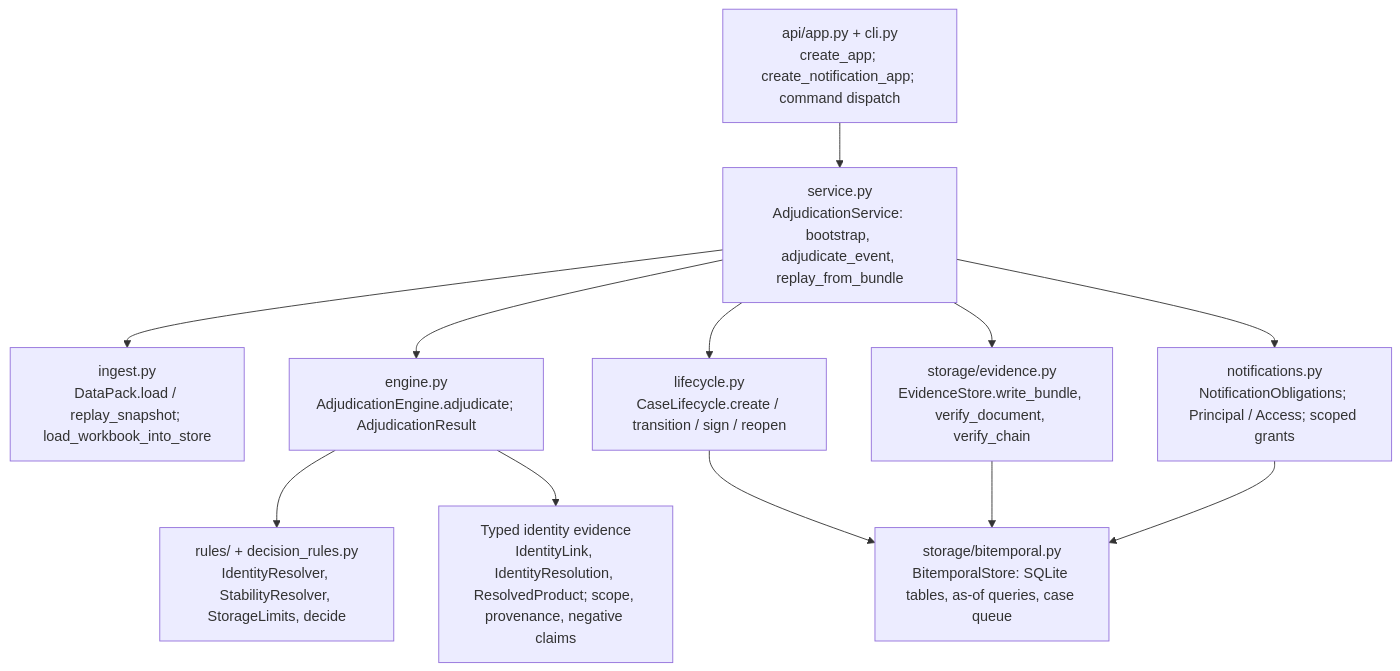
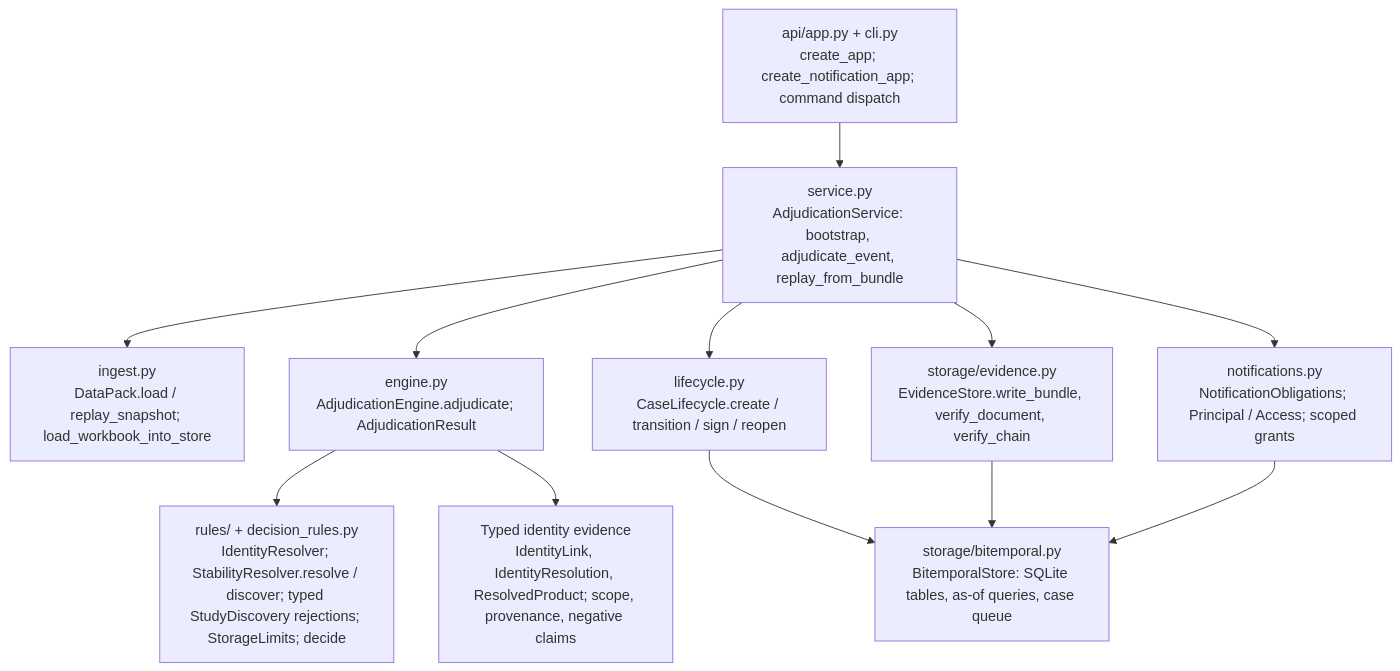
Before and after one commit to Zulfiqar7862/kestrel-adjudication-case-study: the diagram in docs/diagrams/lld.mmd, drawn with Mermaid. The commit also changed 48 other files, not shown here.

Commit message:
feat: audit tenant-scoped study discovery and typed rejections

```diff
--- a/docs/diagrams/lld.mmd
+++ b/docs/diagrams/lld.mmd
@@ -1,22 +1,22 @@
 flowchart TB
     Service["service.py<br/>AdjudicationService: bootstrap, adjudicate_event, replay_from_bundle"]
     Pack["ingest.py<br/>DataPack.load / replay_snapshot; load_workbook_into_store"]
     API["api/app.py + cli.py<br/>create_app; create_notification_app; command dispatch"]
     Engine["engine.py<br/>AdjudicationEngine.adjudicate; AdjudicationResult"]
-    Rules["rules/ + decision_rules.py<br/>IdentityResolver, StabilityResolver, StorageLimits, decide"]
+    Rules["rules/ + decision_rules.py<br/>IdentityResolver; StabilityResolver.resolve / discover; typed StudyDiscovery rejections; StorageLimits; decide"]
     Evidence["storage/evidence.py<br/>EvidenceStore.write_bundle, verify_document, verify_chain"]
     Store["storage/bitemporal.py<br/>BitemporalStore: SQLite tables, as-of queries, case queue"]
     Lifecycle["lifecycle.py<br/>CaseLifecycle.create / transition / sign / reopen"]
     Notify["notifications.py<br/>NotificationObligations; Principal / Access; scoped grants"]
     Identity["Typed identity evidence<br/>IdentityLink, IdentityResolution, ResolvedProduct; scope, provenance, negative claims"]
     API --> Service
     Service --> Pack
     Service --> Engine
     Engine --> Rules
     Service --> Evidence
     Service --> Lifecycle
     Lifecycle --> Store
     Evidence --> Store
     Service --> Notify
     Notify --> Store
     Engine --> Identity
```
